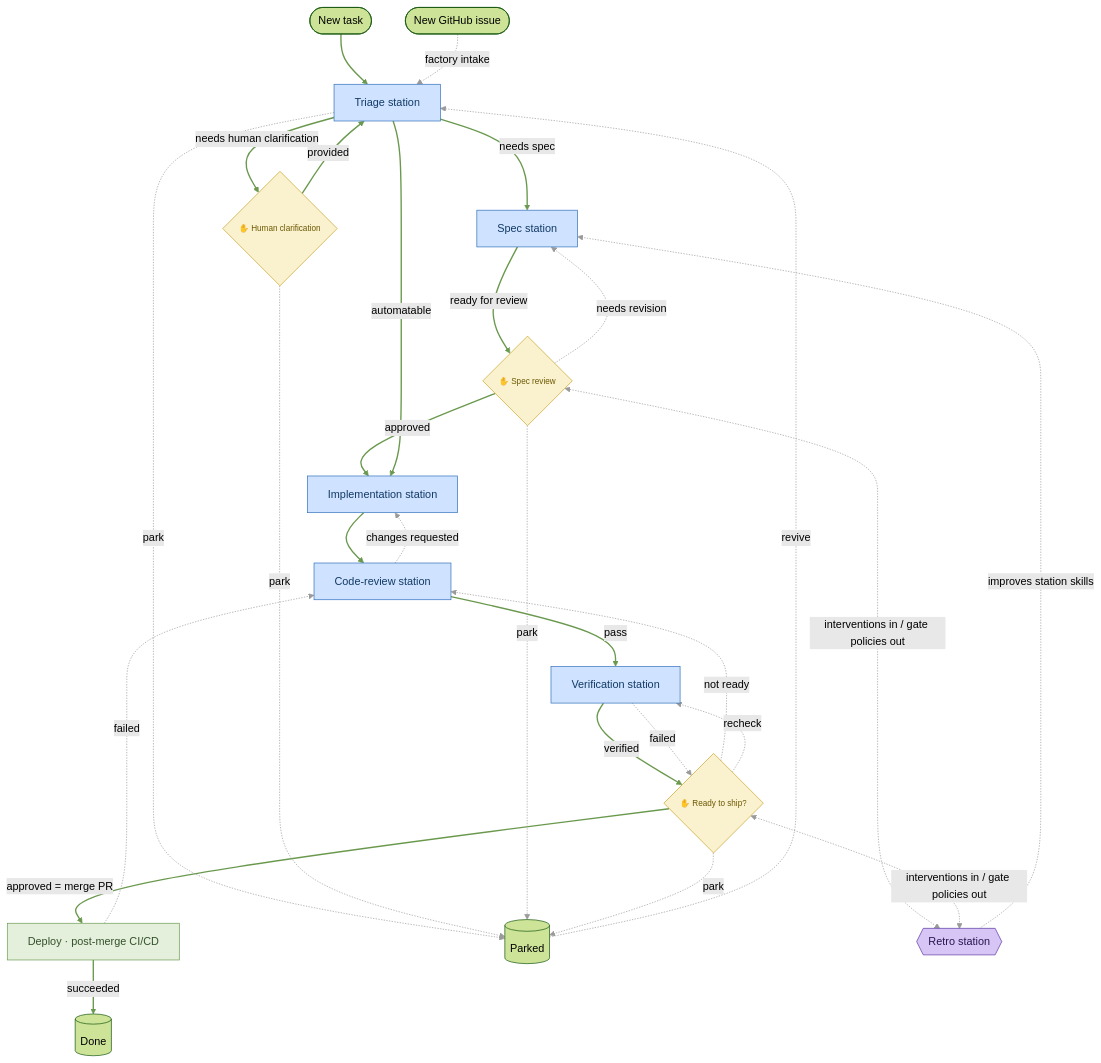
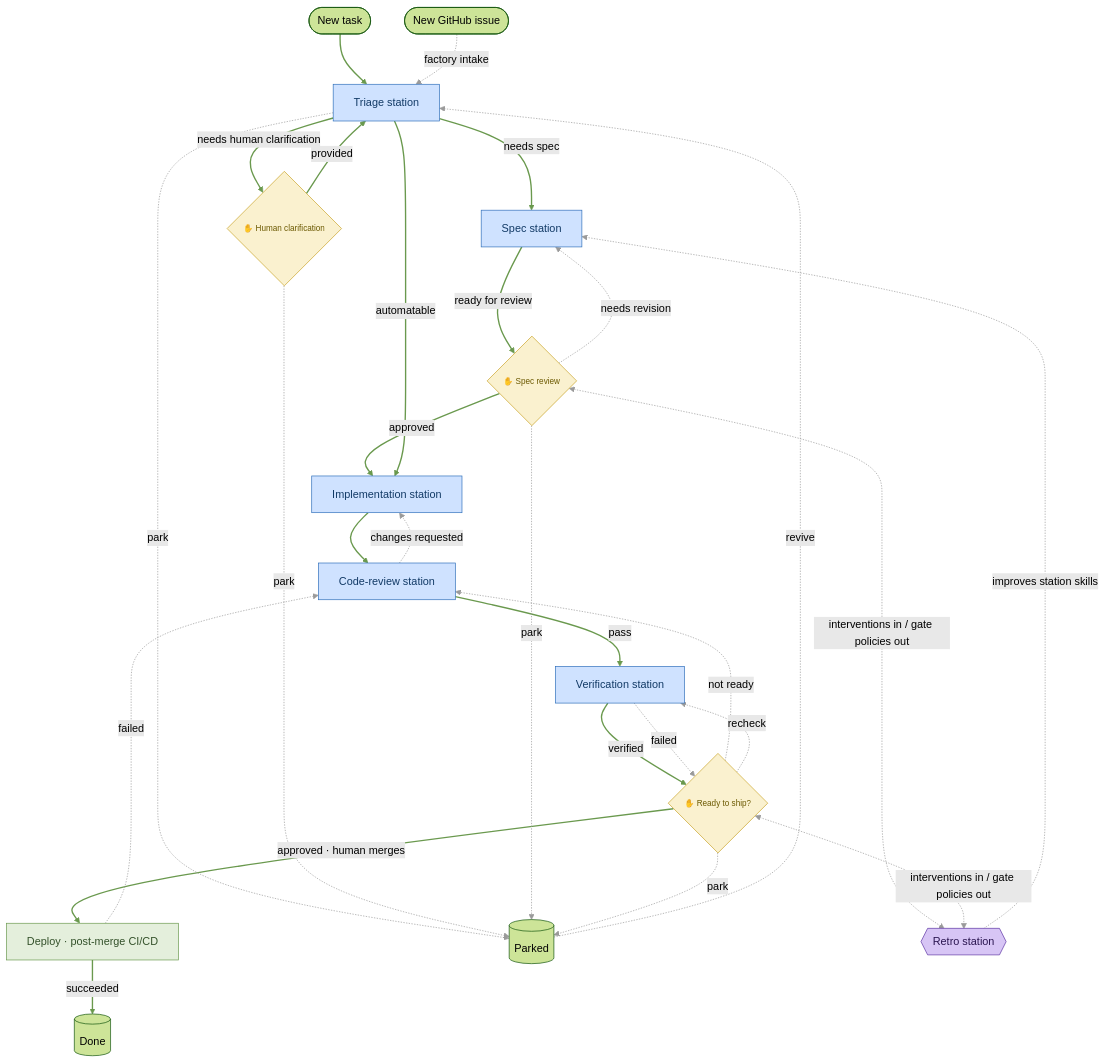
Before and after one commit to ztcnrh/software-factory: the diagram in docs/diagram.md, drawn with Mermaid (forest theme). The commit also changed other lines of this file and 35 other files, not shown here.

````diff
--- a/docs/diagram.md
+++ b/docs/diagram.md
@@ -9,46 +9,46 @@
 ```mermaid
 flowchart TD
     %% ---- forward happy path first: these edges set the top-to-bottom spine ----
     new([New task]) --> triage[Triage station]:::station
     triage -- "needs spec" --> spec[Spec station]:::station
     spec -- "ready for review" --> specrev{✋ Spec review}:::gate
     specrev -- "approved" --> impl[Implementation station]:::station
     triage -- "automatable" --> impl
     impl --> review[Code-review station]:::station
     review -- "pass" --> verify[Verification station]:::station
     verify -- "verified" --> shiprev{✋ Ready to ship?}:::gate
-    shiprev -- "approved = merge PR" --> deploy[Deploy · post-merge CI/CD]:::external
+    shiprev -- "approved · human merges" --> deploy[Deploy · post-merge CI/CD]:::external
     deploy -- "succeeded" --> done[(Done)]
     triage -- "needs human clarification" --> clar{✋ Human clarification}:::gate
     clar -- "provided" --> triage
 
     %% ---- off the happy path: backward loops and shelving ----
     issues([New GitHub issue]) -. "factory intake" .-> triage
     verify -. "failed" .-> shiprev
     specrev -. "needs revision" .-> spec
     review -. "changes requested" .-> impl
     shiprev -. "not ready" .-> review
     shiprev -. "recheck" .-> verify
     deploy -. "failed" .-> review
     triage -. "park" .-> parked[(Parked)]
     clar -. "park" .-> parked
     specrev -. "park" .-> parked
     shiprev -. "park" .-> parked
     parked -. "revive" .-> triage
 
     %% ---- the learning loop, declared last so it doesn't anchor the layout ----
     %% interventions at the gates feed retro; retro proposes improvements back
     retro{{Retro station}}:::learn
     specrev <-. "interventions in / gate policies out" .-> retro
     shiprev <-. "interventions in / gate policies out" .-> retro
     retro -. "improves station skills" .-> spec
 
     %% edges 0-11 = solid happy path (green); 12-26 = dashed off-path (gray)
     linkStyle 0,1,2,3,4,5,6,7,8,9,10,11 stroke:#6a994e,stroke-width:2px
     linkStyle 12,13,14,15,16,17,18,19,20,21,22,23,24,25,26 stroke:#9a9a9a,stroke-width:1px
 
     classDef station fill:#cfe2ff,stroke:#2f6fba,color:#123a66
     classDef gate fill:#faf1cf,stroke:#c9a227,color:#6b5900,font-size:12px
     classDef external fill:#e4efdc,stroke:#6a994e,color:#33512a
     classDef learn fill:#d7c5f5,stroke:#5a32a3,color:#2a1550
 ```
````
